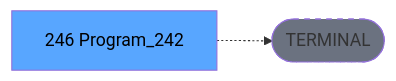
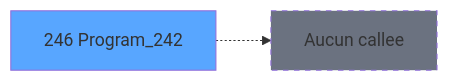
The third of 3 diagrams in .openspec/specs/ADH-IDE-246.md (thonyAGP/magic-migration), drawn with Mermaid before and after one commit. The commit also changed other lines of this file and 493 other files, not shown here.

````diff
--- a/.openspec/specs/ADH-IDE-246.md
+++ b/.openspec/specs/ADH-IDE-246.md
@@ -138,8 +122,8 @@
 ```mermaid
 graph LR
-    T[246 Program_242]
-    TERM([TERMINAL])
-    T -.-> TERM
-    style TERM fill:#6b7280,stroke-dasharray: 5 5
-    style T fill:#58a6ff,color:#000
+    T246[246 Program_242]
+    style T246 fill:#58a6ff
+    NONE[Aucun callee]
+    T246 -.-> NONE
+    style NONE fill:#6b7280,stroke-dasharray: 5 5
 ```
````
